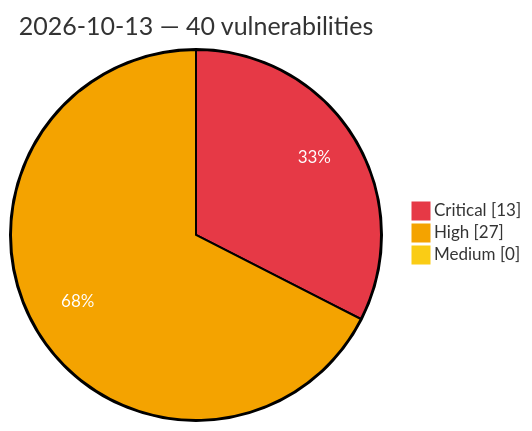
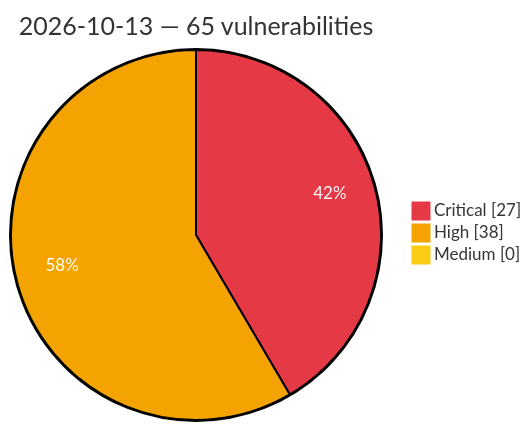
The diagram in vulnerabilities/2026/October/2026-10-13.md (GhostX0X/vuln-tracker), drawn with Mermaid before and after one commit. The commit also changed other lines of this file and 5 other files, not shown here.

Commit message:
Auto update: critical/high vulns (2026-10-13 21:03 UTC)

````diff
--- a/vulnerabilities/2026/October/2026-10-13.md
+++ b/vulnerabilities/2026/October/2026-10-13.md
@@ -3,8 +3,8 @@
 ```mermaid
 %%{init: {'theme':'base', 'themeVariables': {'pie1':'#e63946', 'pie2':'#f4a300', 'pie3':'#facc15', 'pieOpacity':'1', 'pieOuterStrokeWidth':'2px', 'pieSectionTextColor':'#ffffff'}}}%%
 pie showData
-    title 2026-10-13 — 40 vulnerabilities
-    "Critical" : 13
-    "High" : 27
+    title 2026-10-13 — 65 vulnerabilities
+    "Critical" : 27
+    "High" : 38
     "Medium" : 0
 ```
````
